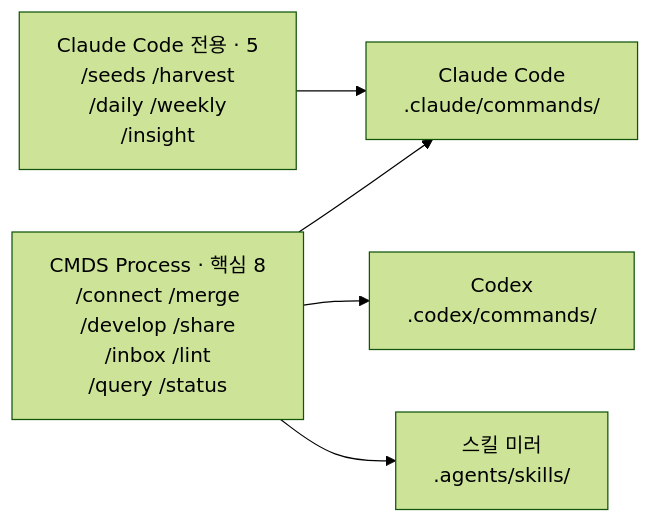
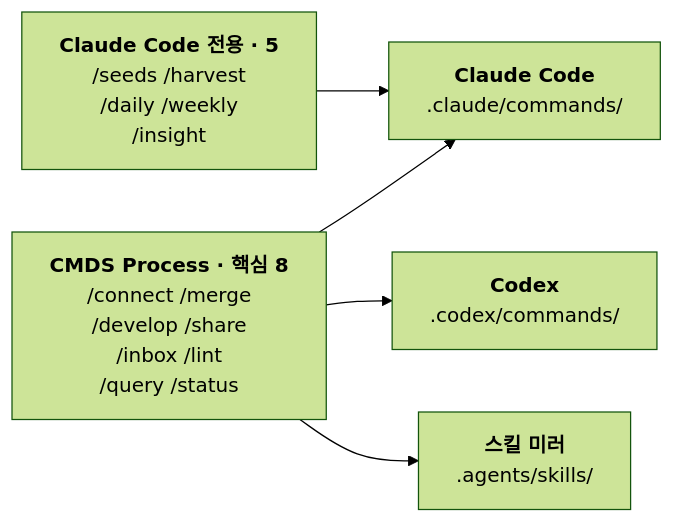
The diagram in diagrams/src/commands-parity-ko.md (johnfkoo951/cmds-system-files), drawn with Mermaid (forest theme) before and after one commit. The commit also changed 20 other files, not shown here.

Commit message:
site: diagrams after reviewer pass (tighter labels, one-sentence captions, who-reads-what as flowchart) + copy refresh

````diff
--- a/diagrams/src/commands-parity-ko.md
+++ b/diagrams/src/commands-parity-ko.md
@@ -1,15 +1,25 @@
 ```mermaid
 flowchart LR
 %% @name: commands-parity-ko
 %% @alt: CMDS Process 핵심 커맨드 8개는 세 하네스 폴더(.claude/commands, .codex/commands, .agents/skills)로 이어지고, Claude Code 전용 5개는 .claude/commands 하나로만 이어진다.
 %% @key: C8
-	C8["CMDS Process · 핵심 8<br>/connect /merge<br>/develop /share<br>/inbox /lint<br>/query /status"]
-	O5["Claude Code 전용 · 5<br>/seeds /harvest<br>/daily /weekly<br>/insight"]
-	HC["Claude Code<br>.claude/commands/"]
-	HX["Codex<br>.codex/commands/"]
-	HA["스킬 미러<br>.agents/skills/"]
-	C8 --> HC
-	C8 --> HX
-	C8 --> HA
-	O5 --> HC
+  C8["`**CMDS Process · 핵심 8**
+/connect /merge
+/develop /share
+/inbox /lint
+/query /status`"]
+  O5["`**Claude Code 전용 · 5**
+/seeds /harvest
+/daily /weekly
+/insight`"]
+  HC["`**Claude Code**
+.claude/commands/`"]
+  HX["`**Codex**
+.codex/commands/`"]
+  HA["`**스킬 미러**
+.agents/skills/`"]
+  C8 --> HC
+  C8 --> HX
+  C8 --> HA
+  O5 --> HC
 ```
````
